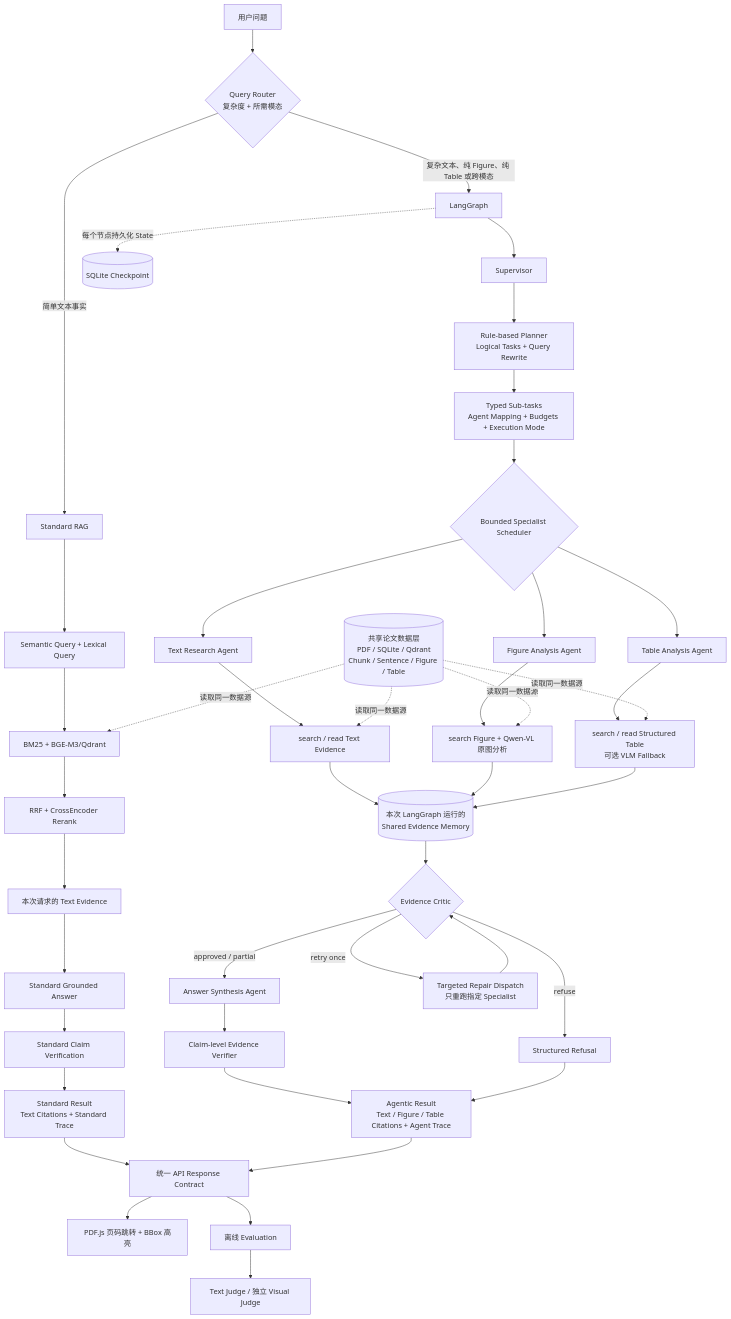
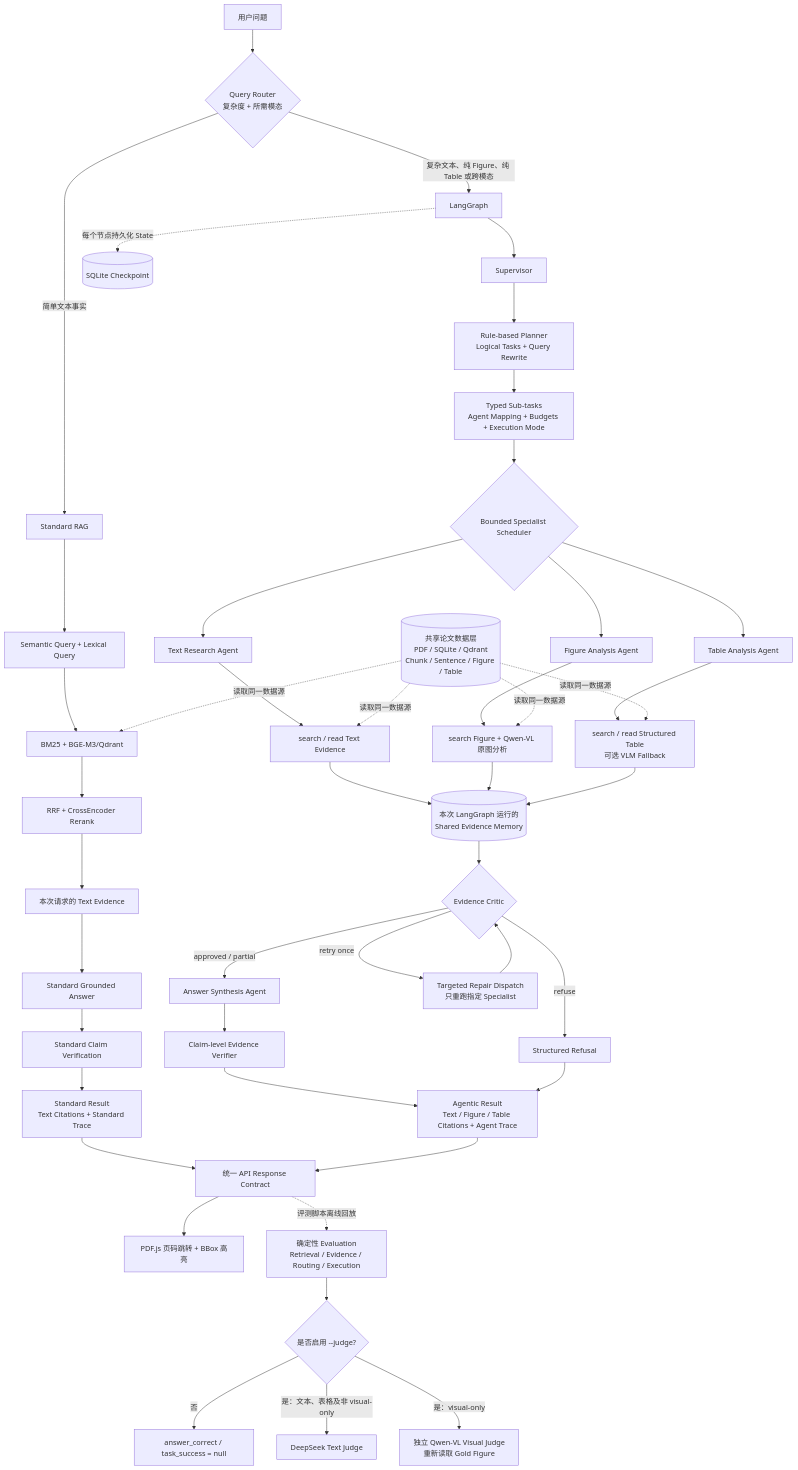
One commit to jiuBABY6/Paperlens changed the second of 2 diagrams in README.md. Above: the diagram before and after it, drawn with Mermaid. The commit also changed other lines of this file, not shown here.

Commit message:
docs: distinguish online verification from offline judges

````diff
--- a/README.md
+++ b/README.md
@@ -63,55 +63,58 @@
 ```mermaid
 flowchart TD
     QUESTION[用户问题] --> ROUTER{Query Router<br/>复杂度 + 所需模态}
 
     DATA[(共享论文数据层<br/>PDF / SQLite / Qdrant<br/>Chunk / Sentence / Figure / Table)]
 
     ROUTER -->|简单文本事实| STANDARD[Standard RAG]
     STANDARD --> QUERY_PLAN[Semantic Query + Lexical Query]
     QUERY_PLAN --> TEXT_SEARCH[BM25 + BGE-M3/Qdrant]
     TEXT_SEARCH --> FUSION[RRF + CrossEncoder Rerank]
     DATA -. 读取同一数据源 .-> TEXT_SEARCH
     FUSION --> STANDARD_EVIDENCE[本次请求的 Text Evidence]
     STANDARD_EVIDENCE --> STANDARD_ANSWER[Standard Grounded Answer]
     STANDARD_ANSWER --> STANDARD_VERIFY[Standard Claim Verification]
     STANDARD_VERIFY --> STANDARD_RESULT[Standard Result<br/>Text Citations + Standard Trace]
 
     ROUTER -->|复杂文本、纯 Figure、纯 Table 或跨模态| GRAPH[LangGraph]
     GRAPH --> SUPERVISOR[Supervisor]
     SUPERVISOR --> PLANNER[Rule-based Planner<br/>Logical Tasks + Query Rewrite]
     PLANNER --> PLAN[Typed Sub-tasks<br/>Agent Mapping + Budgets + Execution Mode]
     PLAN --> DISPATCH{Bounded Specialist Scheduler}
 
     DISPATCH --> TEXT_AGENT[Text Research Agent]
     DISPATCH --> FIGURE_AGENT[Figure Analysis Agent]
     DISPATCH --> TABLE_AGENT[Table Analysis Agent]
 
     TEXT_AGENT --> TEXT_TOOLS[search / read Text Evidence]
     FIGURE_AGENT --> FIGURE_TOOLS[search Figure + Qwen-VL 原图分析]
     TABLE_AGENT --> TABLE_TOOLS[search / read Structured Table<br/>可选 VLM Fallback]
     DATA -. 读取同一数据源 .-> TEXT_TOOLS
     DATA -. 读取同一数据源 .-> FIGURE_TOOLS
     DATA -. 读取同一数据源 .-> TABLE_TOOLS
 
     TEXT_TOOLS --> MEMORY[(本次 LangGraph 运行的<br/>Shared Evidence Memory)]
     FIGURE_TOOLS --> MEMORY
     TABLE_TOOLS --> MEMORY
     MEMORY --> CRITIC{Evidence Critic}
 
     CRITIC -->|approved / partial| ANSWER[Answer Synthesis Agent]
     CRITIC -->|retry once| REPAIR[Targeted Repair Dispatch<br/>只重跑指定 Specialist]
     REPAIR --> CRITIC
     CRITIC -->|refuse| REFUSAL[Structured Refusal]
 
     ANSWER --> VERIFY[Claim-level Evidence Verifier]
     VERIFY --> AGENT_RESULT[Agentic Result<br/>Text / Figure / Table Citations + Agent Trace]
     REFUSAL --> AGENT_RESULT
 
     STANDARD_RESULT --> API[统一 API Response Contract]
     AGENT_RESULT --> API
     API --> UI[PDF.js 页码跳转 + BBox 高亮]
-    API --> EVAL[离线 Evaluation]
-    EVAL --> JUDGE[Text Judge / 独立 Visual Judge]
+    API -. 评测脚本离线回放 .-> EVAL[确定性 Evaluation<br/>Retrieval / Evidence / Routing / Execution]
+    EVAL --> JUDGE_GATE{是否启用 --judge?}
+    JUDGE_GATE -->|否| NO_JUDGE[answer_correct / task_success = null]
+    JUDGE_GATE -->|是：文本、表格及非 visual-only| TEXT_JUDGE[DeepSeek Text Judge]
+    JUDGE_GATE -->|是：visual-only| VISUAL_JUDGE[独立 Qwen-VL Visual Judge<br/>重新读取 Gold Figure]
 
     GRAPH -. 每个节点持久化 State .-> CHECKPOINT[(SQLite Checkpoint)]
 ```
````
